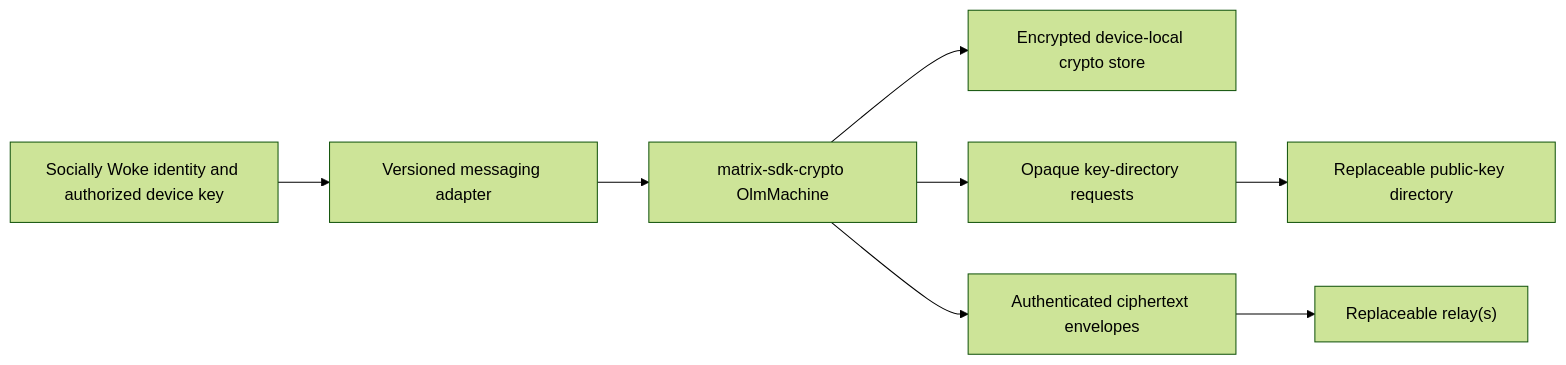
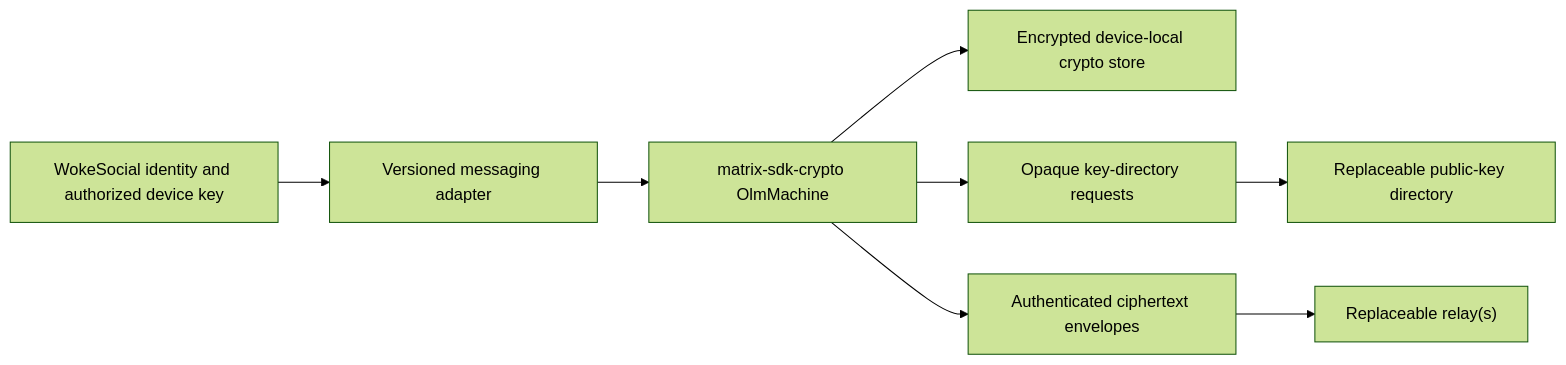
The diagram in docs/DECISIONS/0007-messaging-cryptographic-engine.md (droolson/wetdrool), drawn with Mermaid (forest theme) before and after one commit. The commit also changed other lines of this file and 312 other files, not shown here.

Commit message:
feat: complete WokeSocial and WokeNet migration

````diff
--- a/docs/DECISIONS/0007-messaging-cryptographic-engine.md
+++ b/docs/DECISIONS/0007-messaging-cryptographic-engine.md
@@ -39,10 +39,10 @@
 ```mermaid
 flowchart LR
-    Identity["Socially Woke identity and authorized device key"] --> Adapter["Versioned messaging adapter"]
+    Identity["WokeSocial identity and authorized device key"] --> Adapter["Versioned messaging adapter"]
     Adapter --> Engine["matrix-sdk-crypto OlmMachine"]
     Engine --> State["Encrypted device-local crypto store"]
     Engine --> Requests["Opaque key-directory requests"]
     Engine --> Ciphertext["Authenticated ciphertext envelopes"]
     Requests --> ReplaceableDirectory["Replaceable public-key directory"]
     Ciphertext --> ReplaceableRelay["Replaceable relay(s)"]
 ```
````
